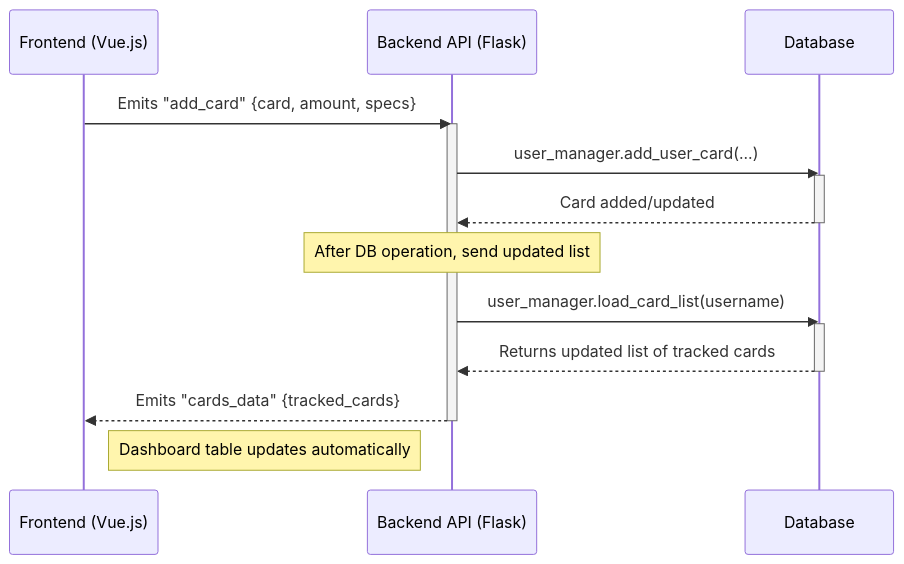
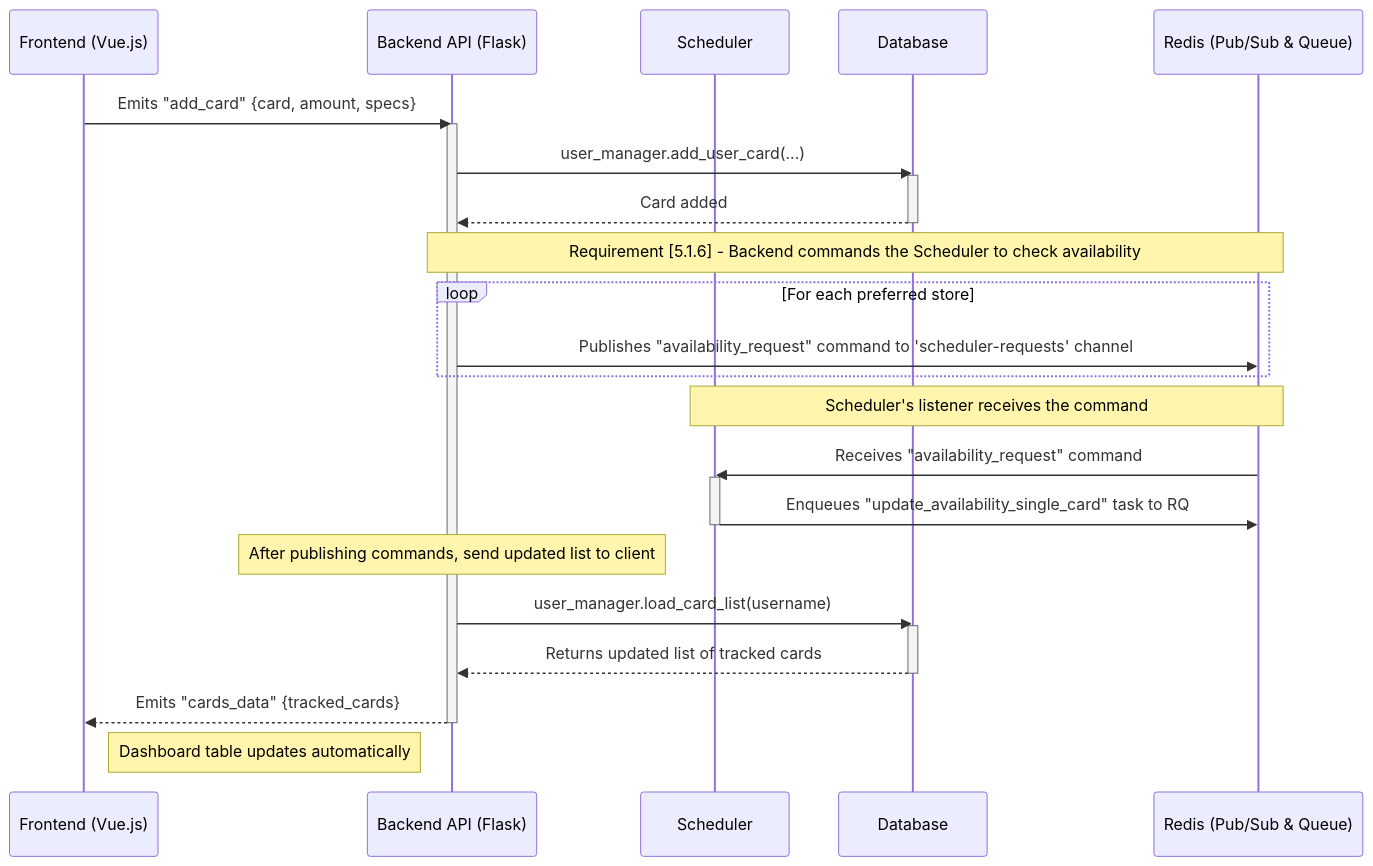
One commit to smileyface/LGS-Stock-Checker changed the third of 10 diagrams in docs/docs.md. Above: the diagram before and after it, drawn with Mermaid. The commit also changed other lines of this file and 42 other files, not shown here.

````diff
--- a/docs/docs.md
+++ b/docs/docs.md
@@ -105,23 +107,35 @@
 ```mermaid
 sequenceDiagram
     participant Client as Frontend (Vue.js)
     participant Backend as Backend API (Flask)
+    participant Scheduler
     participant DB as Database
+    participant Redis as Redis (Pub/Sub & Queue)
 
     Client->>Backend: Emits "add_card" {card, amount, specs}
     activate Backend
     Backend->>DB: user_manager.add_user_card(...)
     activate DB
-    DB-->>Backend: Card added/updated
+    DB-->>Backend: Card added
     deactivate DB
 
-    Note over Backend: After DB operation, send updated list
+    note over Backend, Redis: Requirement [5.1.6] - Backend commands the Scheduler to check availability
+    loop For each preferred store
+        Backend->>Redis: Publishes "availability_request" command to 'scheduler-requests' channel
+    end
+
+    note over Redis, Scheduler: Scheduler's listener receives the command
+    Redis->>Scheduler: Receives "availability_request" command
+    activate Scheduler
+    Scheduler->>Redis: Enqueues "update_availability_single_card" task to RQ
+    deactivate Scheduler
+    note over Backend: After publishing commands, send updated list to client
     Backend->>DB: user_manager.load_card_list(username)
     activate DB
     DB-->>Backend: Returns updated list of tracked cards
     deactivate DB
 
     Backend-->>Client: Emits "cards_data" {tracked_cards}
     deactivate Backend
     Note right of Client: Dashboard table updates automatically
 ```
````
